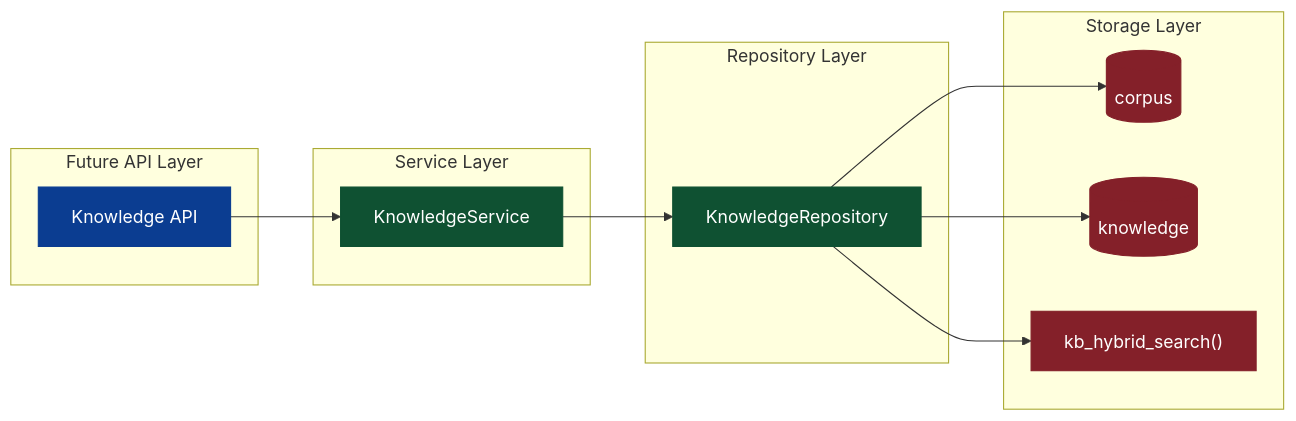
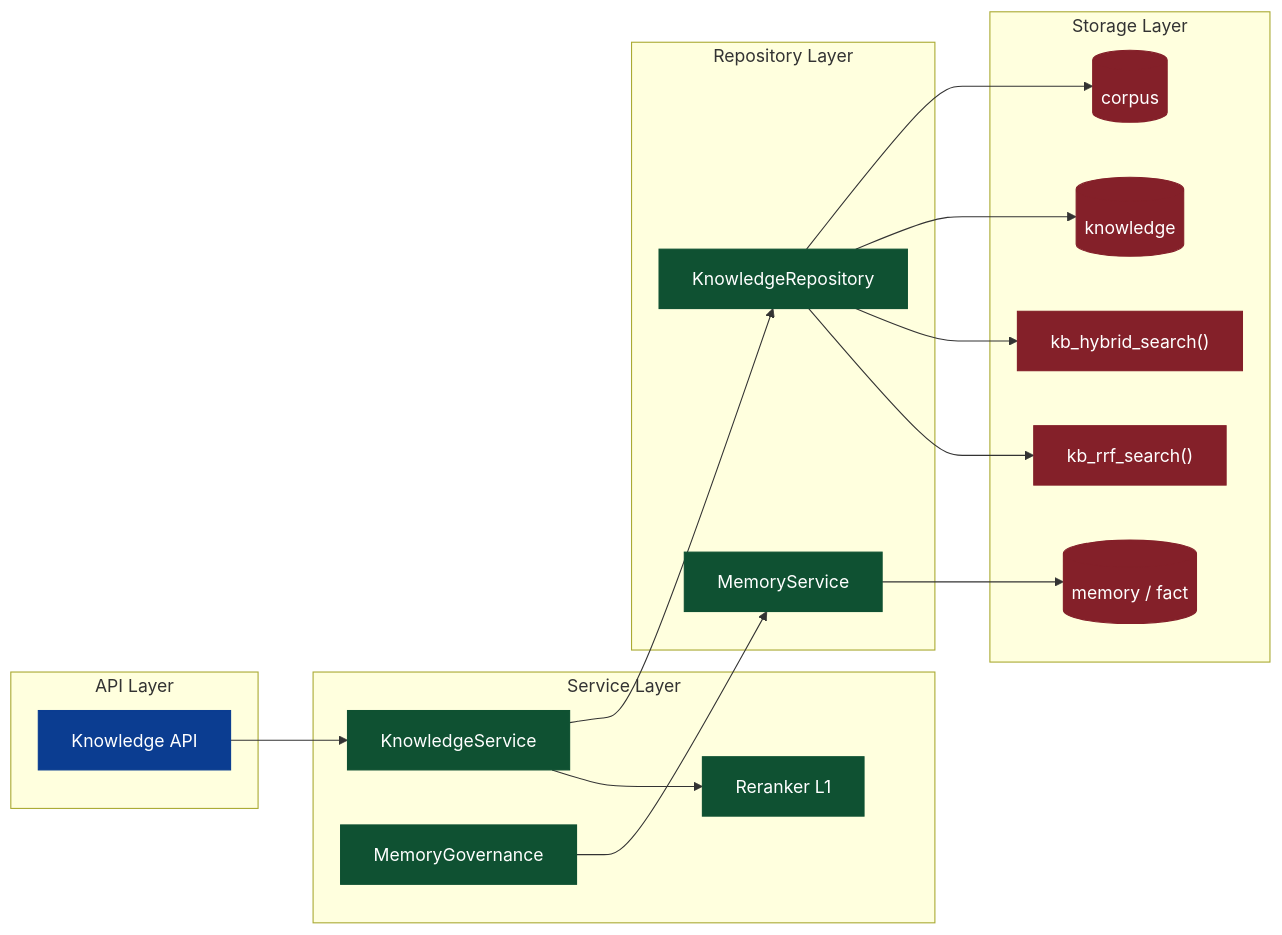
The first of 3 diagrams in docs/knowledges.md (ThreeFish-AI/negentropy), drawn with Mermaid before and after one commit. The commit also changed other lines of this file and 13 other files, not shown here.

Commit message:
feat(Memory): 全面审查与改进 Knowledge Base & Memory;

````diff
--- a/docs/knowledges.md
+++ b/docs/knowledges.md
@@ -29,35 +44,43 @@
 ```mermaid
 %%{init: {"themeVariables": {"primaryColor": "#0b3d91", "primaryTextColor": "#ffffff", "primaryBorderColor": "#0b3d91", "secondaryColor": "#0f5132", "secondaryTextColor": "#ffffff", "secondaryBorderColor": "#0f5132", "tertiaryColor": "#842029", "tertiaryTextColor": "#ffffff", "tertiaryBorderColor": "#842029"}}}%%
 flowchart LR
-  subgraph API[Future API Layer]
+  subgraph API[API Layer]
     KAPI[Knowledge API]
   end
 
   subgraph Service[Service Layer]
     KSvc[KnowledgeService]
+    Rerank[Reranker L1]
+    MGov[MemoryGovernance]
   end
 
   subgraph Repo[Repository Layer]
     KRepo[KnowledgeRepository]
+    MemSvc[MemoryService]
   end
 
   subgraph Storage[Storage Layer]
     Corpus[(corpus)]
     Knowledge[(knowledge)]
-    SearchFn["kb_hybrid_search()"]
+    Memory[(memory / fact)]
+    HybridFn["kb_hybrid_search()"]
+    RRFFn["kb_rrf_search()"]
   end
 
   KAPI --> KSvc --> KRepo --> Corpus
+  KSvc --> Rerank
   KRepo --> Knowledge
-  KRepo --> SearchFn
+  KRepo --> HybridFn
+  KRepo --> RRFFn
+  MGov --> MemSvc --> Memory
 
   classDef api fill:#0b3d91,stroke:#0b3d91,color:#ffffff;
   classDef svc fill:#0f5132,stroke:#0f5132,color:#ffffff;
   classDef repo fill:#0f5132,stroke:#0f5132,color:#ffffff;
   classDef store fill:#842029,stroke:#842029,color:#ffffff;
 
   class KAPI api
-  class KSvc svc
-  class KRepo repo
-  class Corpus,Knowledge,SearchFn store
+  class KSvc,Rerank,MGov svc
+  class KRepo,MemSvc repo
+  class Corpus,Knowledge,Memory,HybridFn,RRFFn store
 ```
````
